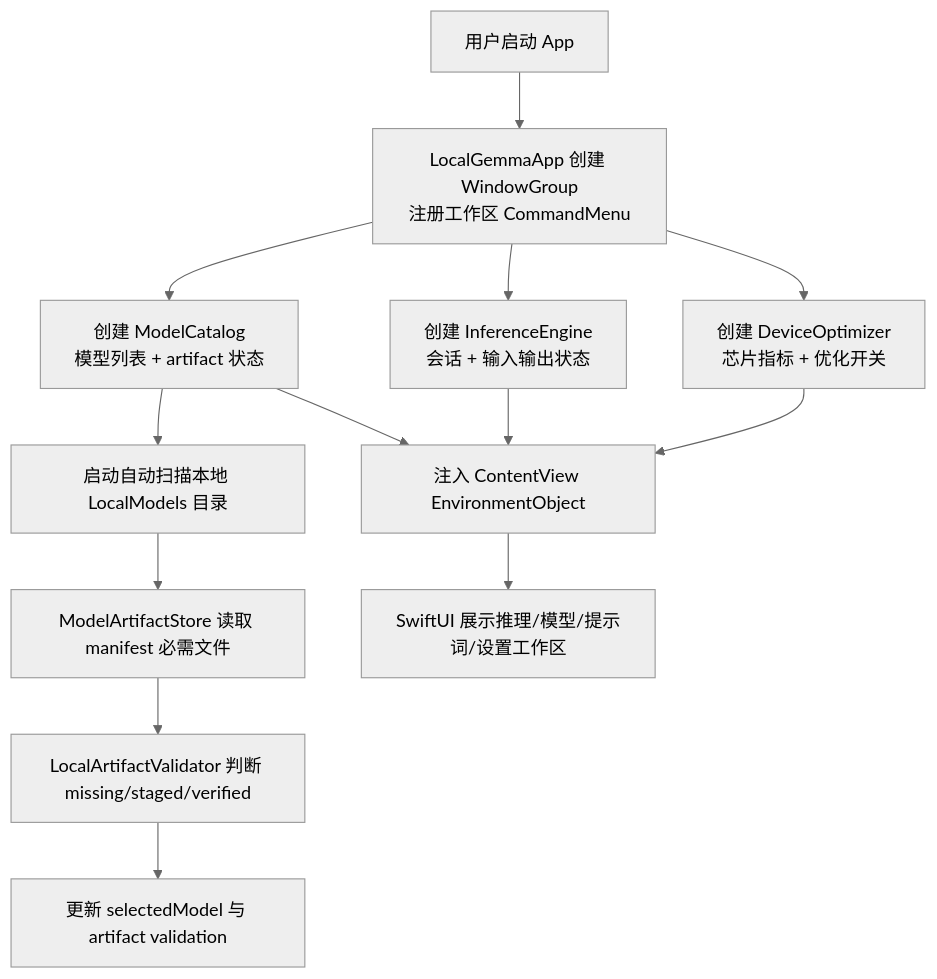
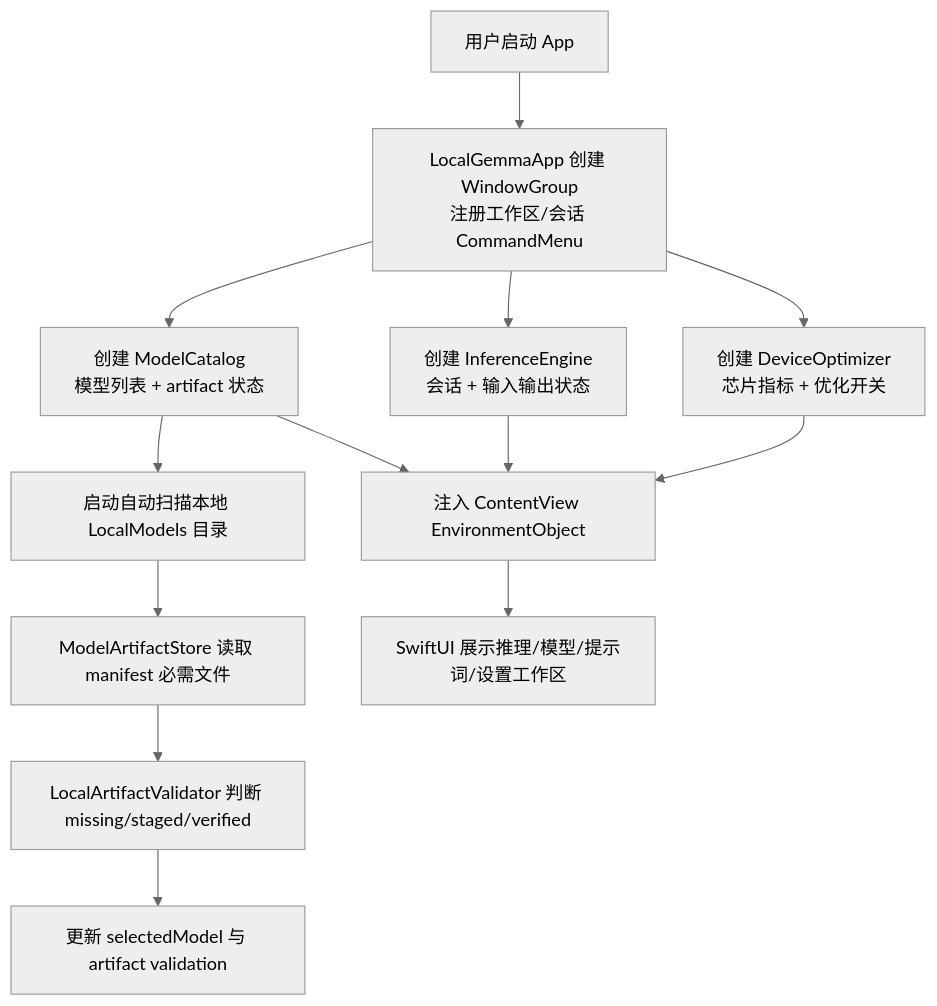
The first of 9 diagrams in md/flow/flowchart.md (Altman-sam114/113), drawn with Mermaid (neutral theme) before and after one commit. The commit also changed other lines of this file and 9 other files, not shown here.

````diff
--- a/md/flow/flowchart.md
+++ b/md/flow/flowchart.md
@@ -9,15 +9,15 @@
 ```mermaid
 flowchart TD
-    A[用户启动 App] --> B[LocalGemmaApp 创建 WindowGroup<br/>注册工作区 CommandMenu]
+    A[用户启动 App] --> B[LocalGemmaApp 创建 WindowGroup<br/>注册工作区/会话 CommandMenu]
     B --> C[创建 ModelCatalog<br/>模型列表 + artifact 状态]
     B --> D[创建 InferenceEngine<br/>会话 + 输入输出状态]
     B --> E[创建 DeviceOptimizer<br/>芯片指标 + 优化开关]
     C --> F[启动自动扫描本地 LocalModels 目录]
     F --> G[ModelArtifactStore 读取 manifest 必需文件]
     G --> H[LocalArtifactValidator 判断 missing/staged/verified]
     H --> I[更新 selectedModel 与 artifact validation]
     C --> J[注入 ContentView EnvironmentObject]
     D --> J
     E --> J
     J --> K[SwiftUI 展示推理/模型/提示词/设置工作区]
 ```
````
